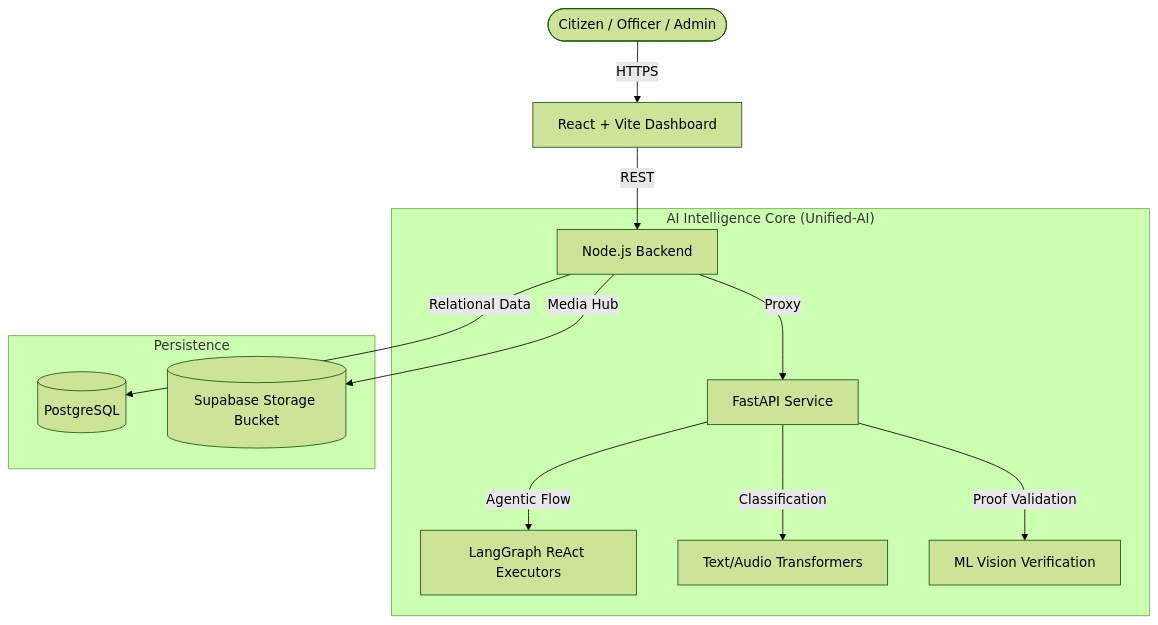
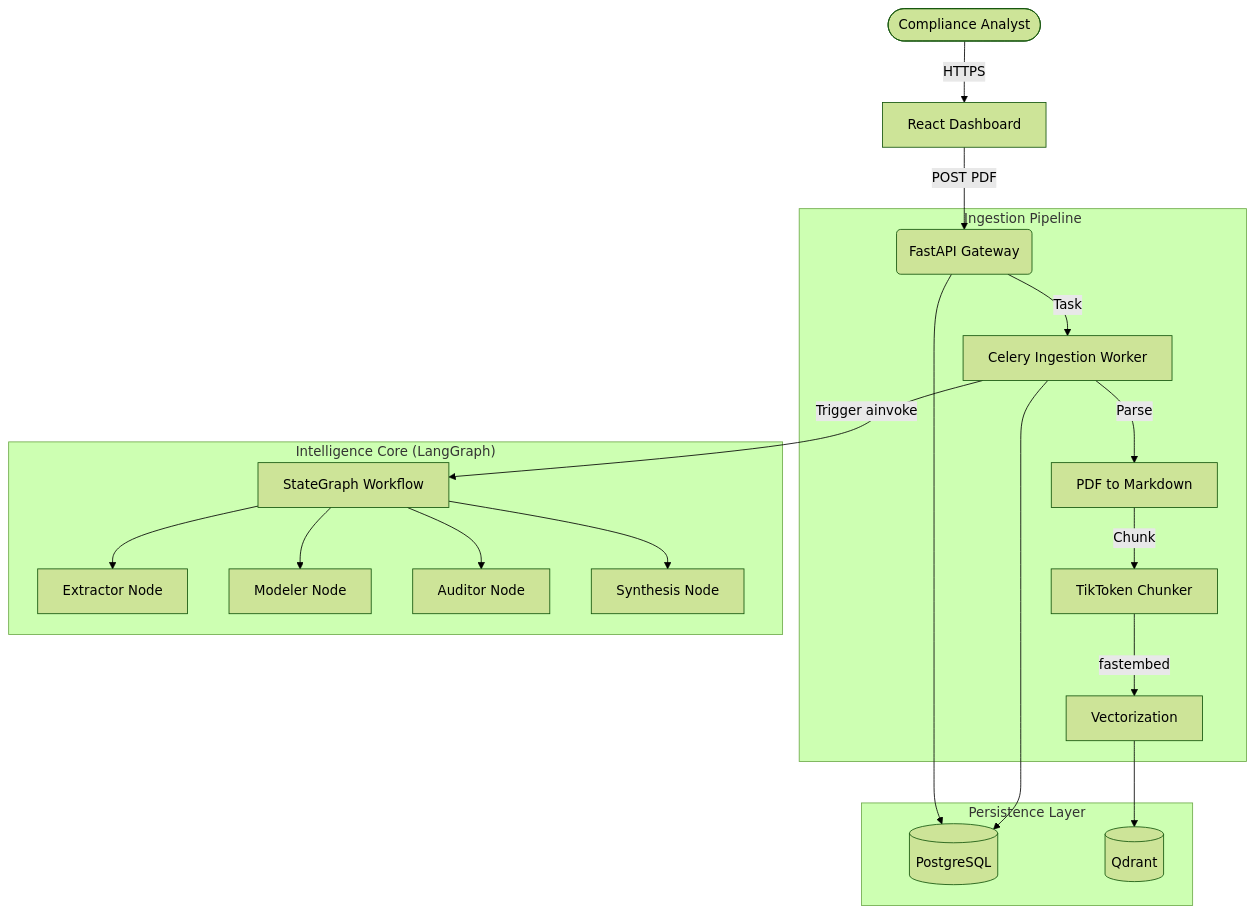
The first of 2 diagrams in README.md (aryan252006-creator/Sankalp.irl_new), drawn with Mermaid (forest theme) before and after one commit. The commit also changed other lines of this file, not shown here.

````diff
--- a/README.md
+++ b/README.md
@@ -33,17 +33,26 @@
 ```mermaid
 graph TD
-    User([Citizen / Officer / Admin]) -->|HTTPS| Frontend[React + Vite Dashboard]
-    Frontend -->|REST| NodeGateway[Node.js Backend]
+    User([Compliance Analyst]) -->|HTTPS| Frontend[React Dashboard]
+    Frontend -->|POST PDF| API(FastAPI Gateway)
     
-    subgraph "AI Intelligence Core (Unified-AI)"
-        NodeGateway -->|Proxy| PyAPI[FastAPI Service]
-        PyAPI -->|Agentic Flow| LangGraph[LangGraph ReAct Executors]
-        PyAPI -->|Classification| NLP[Text/Audio Transformers]
-        PyAPI -->|Proof Validation| Vision[ML Vision Verification]
+    subgraph "Ingestion Pipeline"
+        API -->|Task| IngestWorker[Celery Ingestion Worker]
+        IngestWorker -->|Parse| Markdown[PDF to Markdown]
+        Markdown -->|Chunk| Chunker[TikToken Chunker]
+        Chunker -->|fastembed| Embedder[Vectorization]
     end
     
-    subgraph "Persistence"
-        NodeGateway -->|Relational Data| SupabaseDB[(PostgreSQL)]
-        NodeGateway -->|Media Hub| SupabaseStorage[(Supabase Storage Bucket)]
+    subgraph "Persistence Layer"
+        API --> DB[(PostgreSQL)]
+        IngestWorker --> DB
+        Embedder --> VectorDB[(Qdrant)]
+    end
+    
+    subgraph "Intelligence Core (LangGraph)"
+        IngestWorker -->|Trigger ainvoke| Graph[StateGraph Workflow]
+        Graph --> Extractor[Extractor Node]
+        Graph --> Modeler[Modeler Node]
+        Graph --> Auditor[Auditor Node]
+        Graph --> Synthesis[Synthesis Node]
     end
 ```
````
